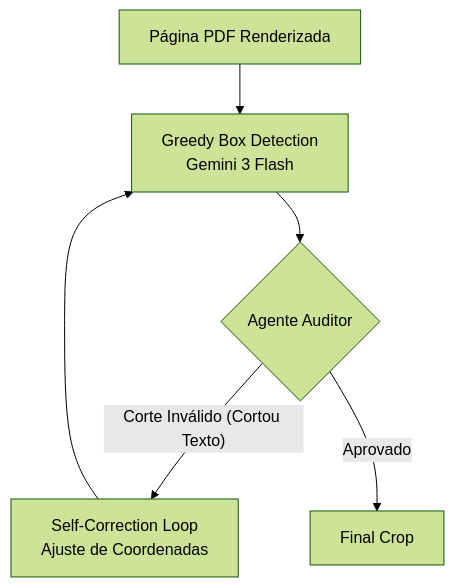
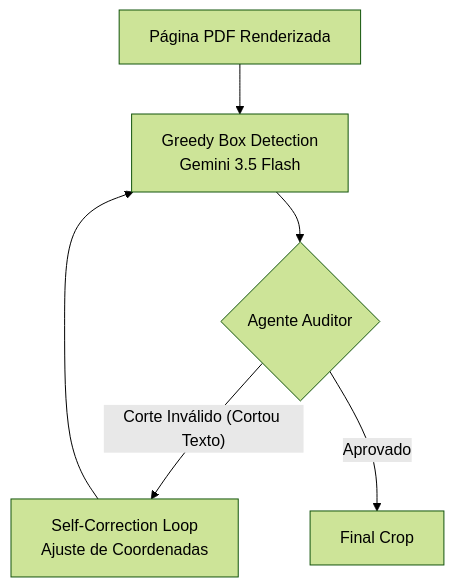
The third of 3 diagrams in README.md (TouchRefletz/maia.edu), drawn with Mermaid (forest theme) before and after one commit. The commit also changed other lines of this file and 9 other files, not shown here.

````diff
--- a/README.md
+++ b/README.md
@@ -194,10 +201,10 @@
 ```mermaid
 graph TD
-    Page[Página PDF Renderizada] --> GreedyBox[Greedy Box Detection<br>Gemini 3 Flash]
+    Page[Página PDF Renderizada] --> GreedyBox[Greedy Box Detection<br>Gemini 3.5 Flash]
     GreedyBox --> Auditor{Agente Auditor}
 
     Auditor -- "Corte Inválido (Cortou Texto)" --> Correction[Self-Correction Loop<br>Ajuste de Coordenadas]
     Correction --> GreedyBox
 
     Auditor -- "Aprovado" --> Crop[Final Crop]
 ```
````
